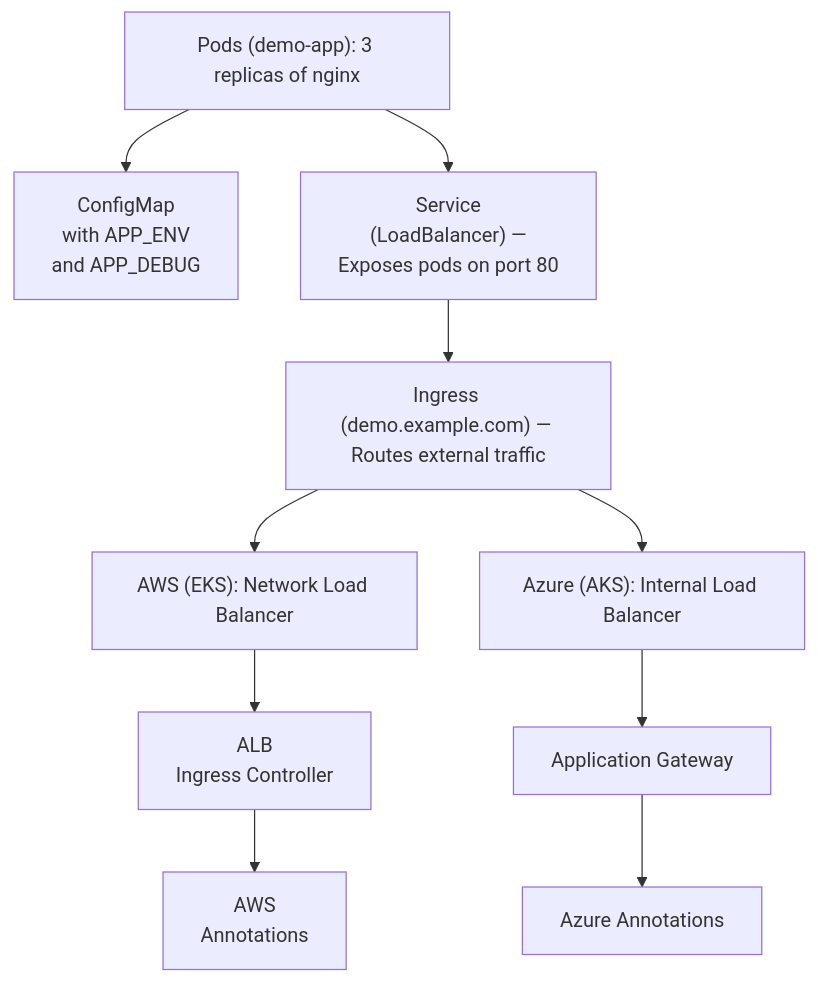
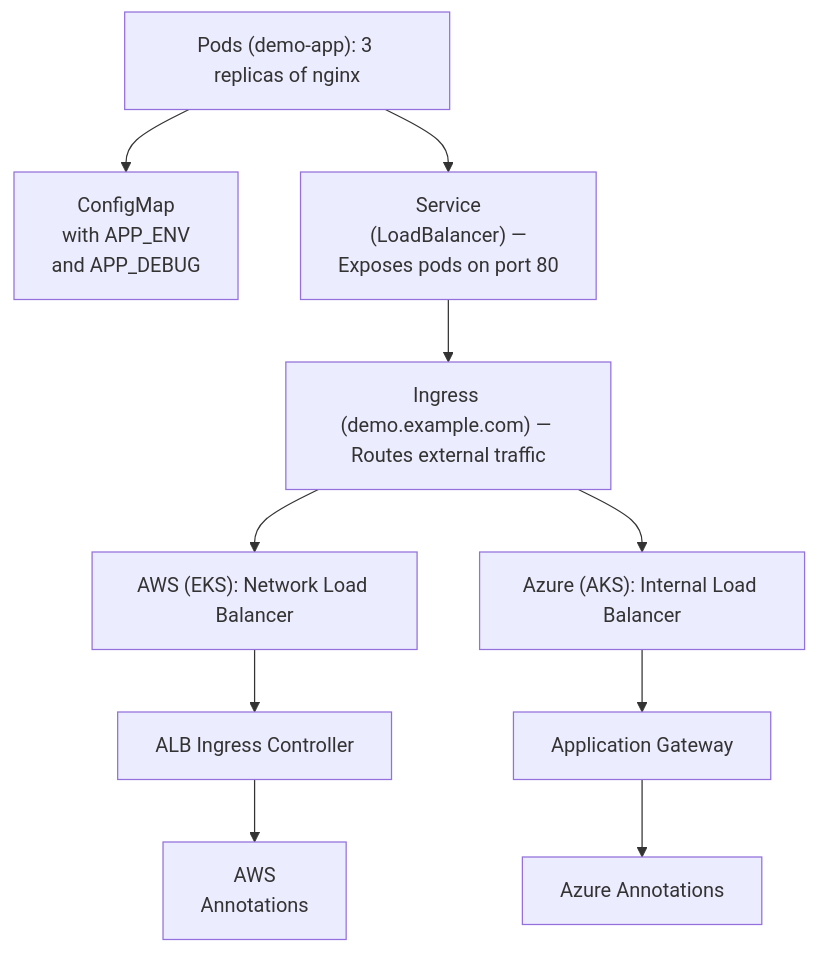
Before and after one commit to obintui10/kubernetes-multi-cloud-demo: the diagram in README.md, drawn with Mermaid.

````diff
--- a/README.md
+++ b/README.md
@@ -98,23 +98,22 @@
 ```mermaid
 flowchart TB
     Pods["Pods (demo-app): 3 replicas of nginx"] --> Config["ConfigMap
 with APP_ENV
 and APP_DEBUG"]
 
     Pods --> Service["Service
  (LoadBalancer) —
 Exposes pods on port 80"]
     Service --> Ingress["Ingress (demo.example.com) — Routes external traffic"]
 
     Ingress --> AWS_NLB["AWS (EKS): Network Load Balancer"]
     AWS_NLB -->
-AWS_ALB["ALB
-Ingress Controller"]
+AWS_ALB["ALB Ingress Controller"]
     AWS_ALB -->
 AWS_Anno["AWS
 Annotations"]
 
     Ingress --> Azure_ILB["Azure (AKS): Internal Load Balancer"]
     Azure_ILB --> Azure_AppGW["Application Gateway"]
     Azure_AppGW --> Azure_Anno["Azure Annotations"]
 ```
````
